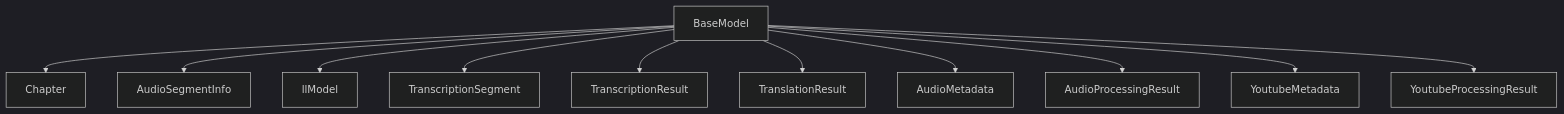
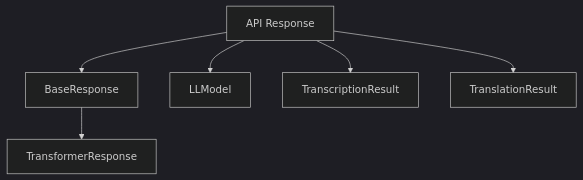
One commit to bCommonsLAB/CommonSecretaryServices changed the first of 2 diagrams in docs/04_api.md. Above: the diagram before and after it, drawn with Mermaid (dark theme). The commit also changed other lines of this file and 25 other files, not shown here.

First line of the commit message:
Refactor API Responses and Metadata Processing with Enhanced Tracking

````diff
--- a/docs/04_api.md
+++ b/docs/04_api.md
@@ -9,13 +9,8 @@
 ```mermaid
 graph TD
-    A[BaseModel] --> B[Chapter]
-    A --> C[AudioSegmentInfo]
-    A --> D[llModel]
-    A --> E[TranscriptionSegment]
-    A --> F[TranscriptionResult]
-    A --> G[TranslationResult]
-    A --> H[AudioMetadata]
-    A --> I[AudioProcessingResult]
-    A --> J[YoutubeMetadata]
-    A --> K[YoutubeProcessingResult]
+    A[API Response] --> B[BaseResponse]
+    B --> C[TransformerResponse]
+    A --> D[LLModel]
+    A --> E[TranscriptionResult]
+    A --> F[TranslationResult]
 ```
````
